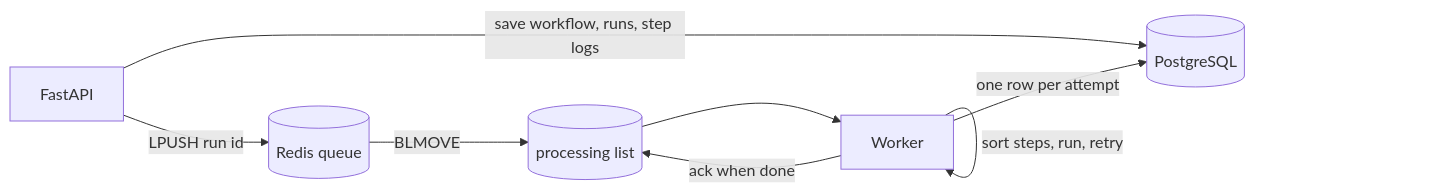
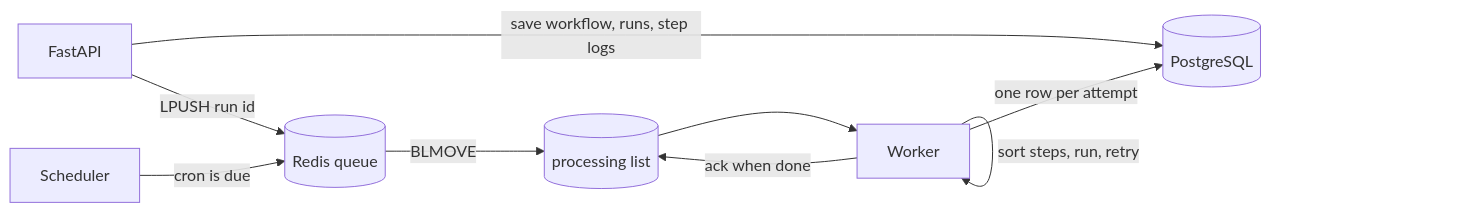
One commit to Gaze31/flowpilot changed the diagram in README.md. Above: the diagram before and after it, drawn with Mermaid. The commit also changed other lines of this file, not shown here.

````diff
--- a/README.md
+++ b/README.md
@@ -31,10 +31,11 @@
 ```mermaid
 flowchart LR
     API[FastAPI] -- save workflow, runs, step logs --> PG[(PostgreSQL)]
     API -- LPUSH run id --> Q[(Redis queue)]
+    S[Scheduler] -- cron is due --> Q
     Q -- BLMOVE --> P[(processing list)]
     P --> W[Worker]
     W -- sort steps, run, retry --> W
     W -- one row per attempt --> PG
     W -- ack when done --> P
 ```
````
